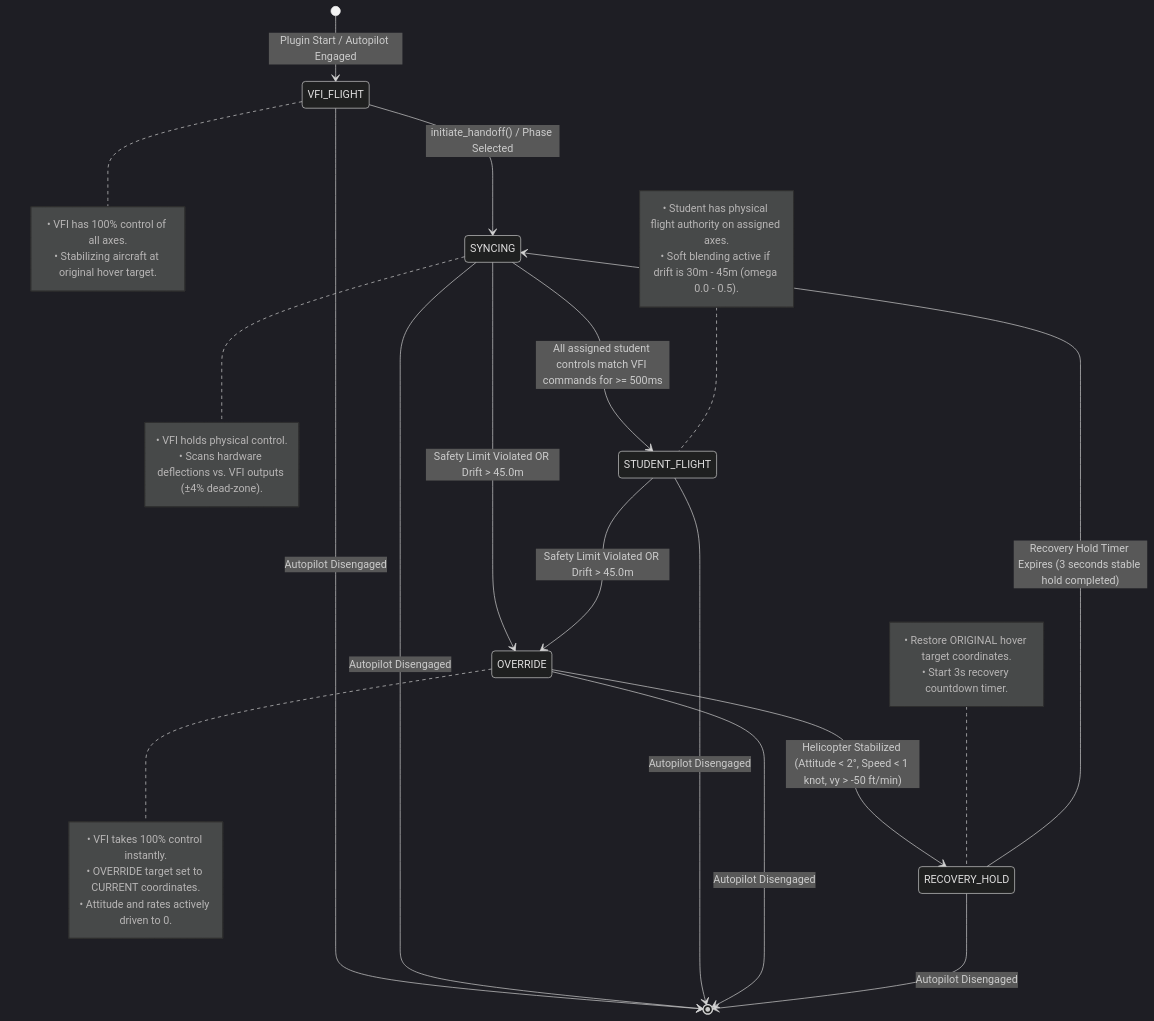
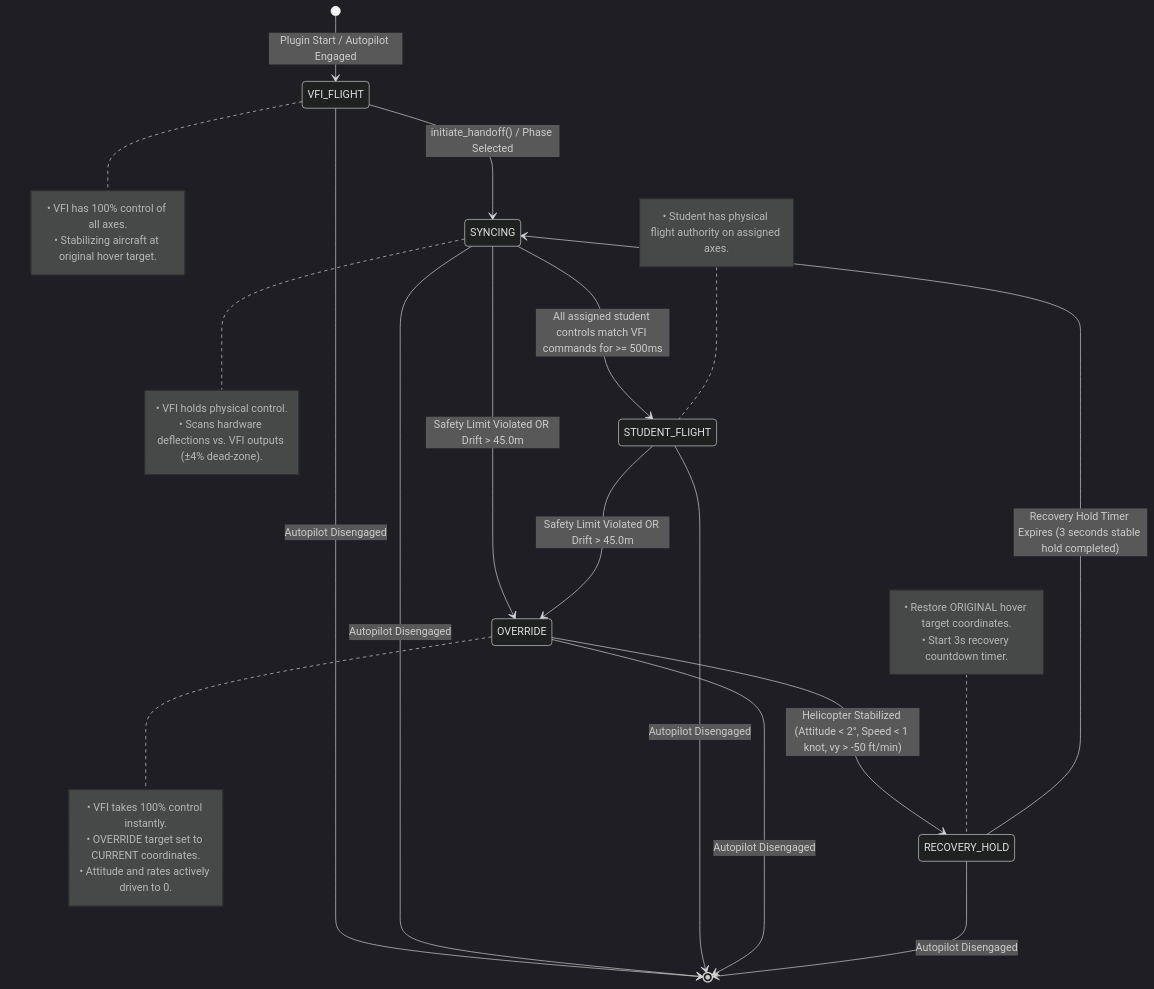
The diagram in v2/docs/state_machine_diagram.md (leczb/helicopter-instructor), drawn with Mermaid (dark theme) before and after one commit. The commit also changed other lines of this file and 8 other files, not shown here.

Commit message:
feat: completely remove soft blending feature and docs v2.1.34

````diff
--- a/v2/docs/state_machine_diagram.md
+++ b/v2/docs/state_machine_diagram.md
@@ -9,43 +9,42 @@
 ```mermaid
 stateDiagram-v2
     [*] --> VFI_FLIGHT : Plugin Start / Autopilot Engaged
 
     VFI_FLIGHT --> SYNCING : initiate_handoff() / Phase Selected
     note right of VFI_FLIGHT
         • VFI has 100% control of all axes.
         • Stabilizing aircraft at original hover target.
     end note
 
     SYNCING --> STUDENT_FLIGHT : All assigned student controls match VFI commands for >= 500ms
     SYNCING --> OVERRIDE : Safety Limit Violated OR Drift > 45.0m
     note right of SYNCING
         • VFI holds physical control.
         • Scans hardware deflections vs. VFI outputs (±4% dead-zone).
     end note
 
     STUDENT_FLIGHT --> OVERRIDE : Safety Limit Violated OR Drift > 45.0m
     note left of STUDENT_FLIGHT
         • Student has physical flight authority on assigned axes.
-        • Soft blending active if drift is 30m - 45m (omega 0.0 - 0.5).
     end note
 
     OVERRIDE --> RECOVERY_HOLD : Helicopter Stabilized (Attitude < 2°, Speed < 1 knot, vy > -50 ft/min)
     note right of OVERRIDE
         • VFI takes 100% control instantly.
         • OVERRIDE target set to CURRENT coordinates.
         • Attitude and rates actively driven to 0.
     end note
 
     RECOVERY_HOLD --> SYNCING : Recovery Hold Timer Expires (3 seconds stable hold completed)
     note left of RECOVERY_HOLD
         • Restore ORIGINAL hover target coordinates.
         • Start 3s recovery countdown timer.
     end note
 
     %% Global Exit
     VFI_FLIGHT --> [*] : Autopilot Disengaged
     SYNCING --> [*] : Autopilot Disengaged
     STUDENT_FLIGHT --> [*] : Autopilot Disengaged
     OVERRIDE --> [*] : Autopilot Disengaged
     RECOVERY_HOLD --> [*] : Autopilot Disengaged
 ```
````
